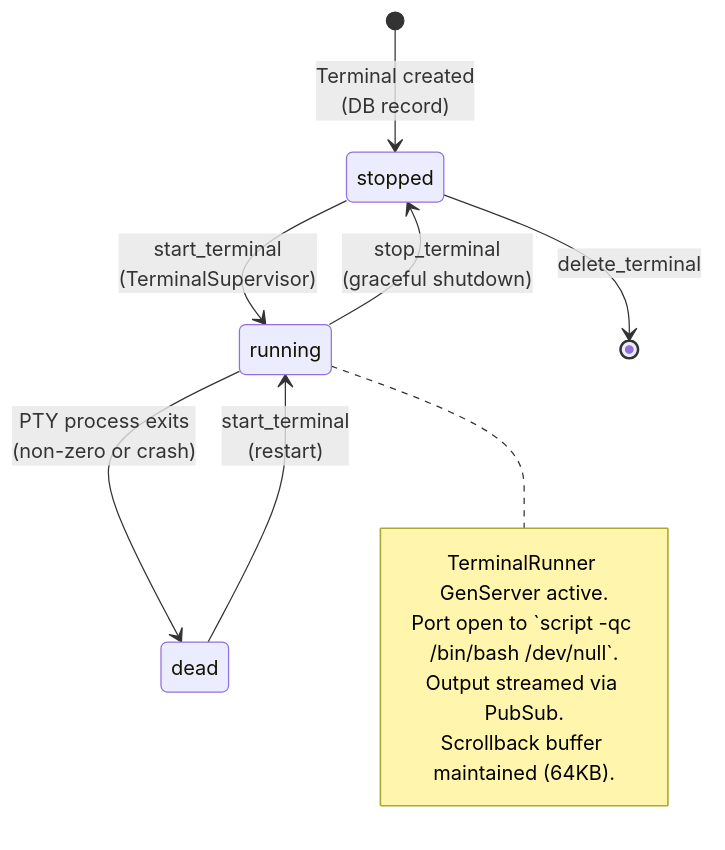
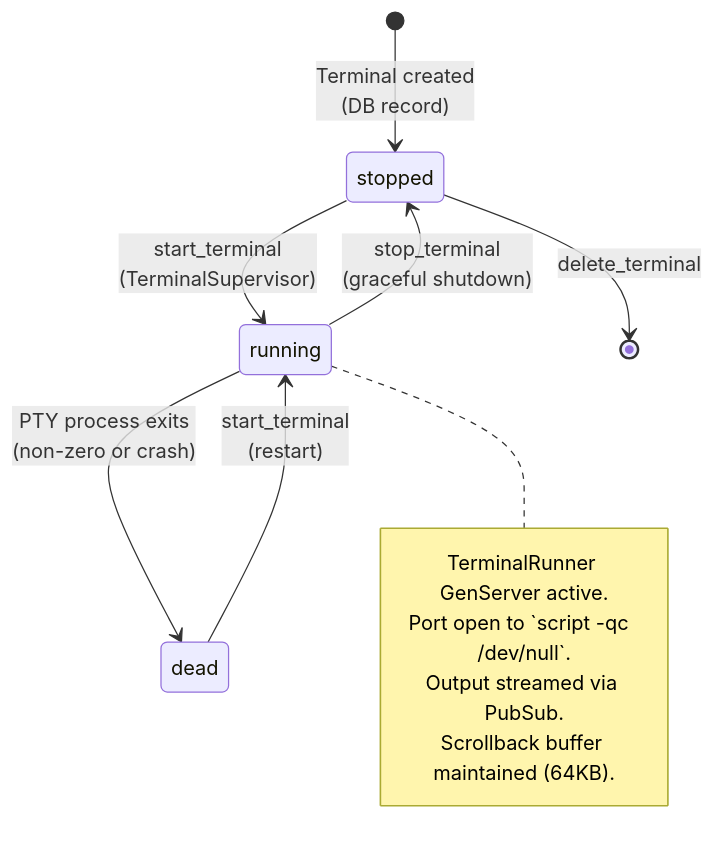
Before and after one commit to zingbretsen/orca_hub: the third of 3 diagrams in .context/terminals.md, drawn with Mermaid. The commit also changed other lines of this file and 7 other files, not shown here.

First line of the commit message:
Refresh .context architecture docs to match current code (scheduled audit)

````diff
--- a/.context/terminals.md
+++ b/.context/terminals.md
@@ -99,17 +99,17 @@
 ```mermaid
 stateDiagram-v2
     [*] --> stopped: Terminal created<br>(DB record)
 
     stopped --> running: start_terminal<br>(TerminalSupervisor)
     running --> stopped: stop_terminal<br>(graceful shutdown)
     running --> dead: PTY process exits<br>(non-zero or crash)
     dead --> running: start_terminal<br>(restart)
     stopped --> [*]: delete_terminal
 
     note right of running
         TerminalRunner GenServer active.
-        Port open to `script -qc /bin/bash /dev/null`.
+        Port open to `script -qc <shell> /dev/null`.
         Output streamed via PubSub.
         Scrollback buffer maintained (64KB).
     end note
 ```
````
